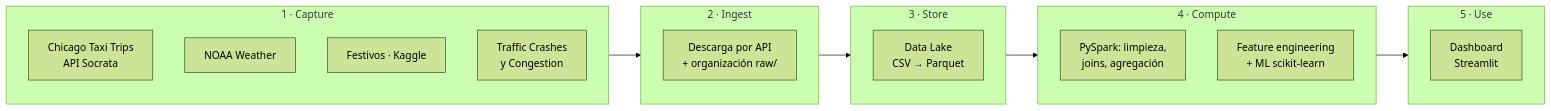
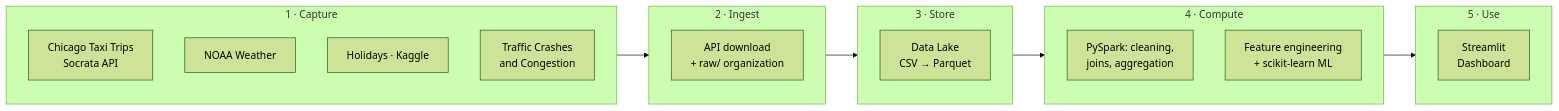
Before and after one commit to Grohle/Ridehailing-demand: the diagram in README.md, drawn with Mermaid (forest theme). The commit also changed other lines of this file, not shown here.

````diff
--- a/README.md
+++ b/README.md
@@ -31,23 +31,23 @@
 ```mermaid
 flowchart LR
     subgraph C1[1 · Capture]
-        A1[Chicago Taxi Trips<br/>API Socrata]
+        A1[Chicago Taxi Trips<br/>Socrata API]
         A2[NOAA Weather]
-        A3[Festivos · Kaggle]
-        A4[Traffic Crashes<br/>y Congestion]
+        A3[Holidays · Kaggle]
+        A4[Traffic Crashes<br/>and Congestion]
     end
     subgraph C2[2 · Ingest]
-        B1[Descarga por API<br/>+ organización raw/]
+        B1[API download<br/>+ raw/ organization]
     end
     subgraph C3[3 · Store]
         D1[Data Lake<br/>CSV → Parquet]
     end
     subgraph C4[4 · Compute]
-        E1[PySpark: limpieza,<br/>joins, agregación]
-        E2[Feature engineering<br/>+ ML scikit-learn]
+        E1[PySpark: cleaning,<br/>joins, aggregation]
+        E2[Feature engineering<br/>+ scikit-learn ML]
     end
     subgraph C5[5 · Use]
-        F1[Dashboard<br/>Streamlit]
+        F1[Streamlit<br/>Dashboard]
     end
     C1 --> C2 --> C3 --> C4 --> C5
 ```
````
